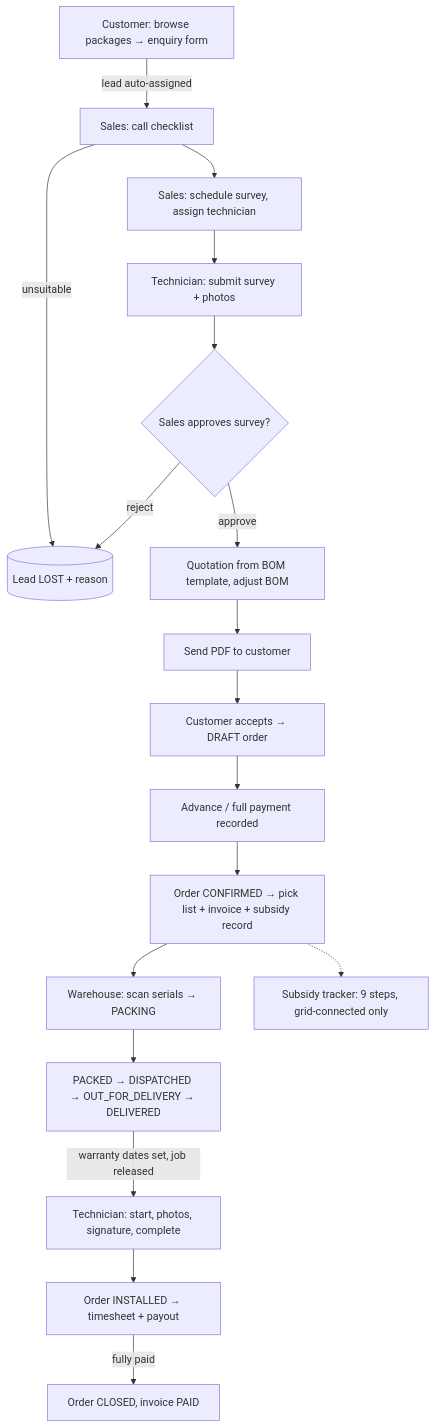
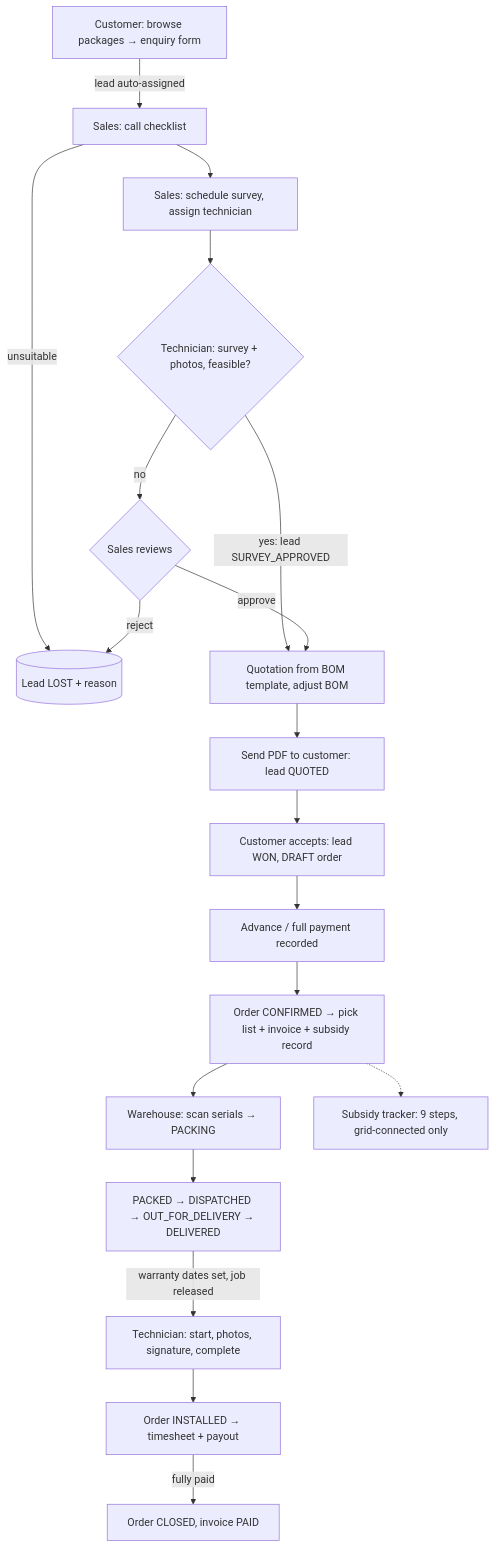
Before and after one commit to alifosaur/RoofRay: the diagram in README.md, drawn with Mermaid. The commit also changed other lines of this file and 6 other files, not shown here.

Commit message:
feat(workflow): technician approves survey feasibility (lead auto → Survey Approved); lead → Quoted when the quote is sent; → Won on acceptance

````diff
--- a/README.md
+++ b/README.md
@@ -86,20 +86,21 @@
 ```mermaid
 flowchart TD
   C1[Customer: browse packages → enquiry form] -->|lead auto-assigned| S1[Sales: call checklist]
   S1 -->|unsuitable| LOST[(Lead LOST + reason)]
   S1 --> S2[Sales: schedule survey, assign technician]
-  S2 --> T1[Technician: submit survey + photos]
-  T1 --> S3{Sales approves survey?}
+  S2 --> T1{Technician: survey + photos, feasible?}
+  T1 -->|yes: lead SURVEY_APPROVED| Q1[Quotation from BOM template, adjust BOM]
+  T1 -->|no| S3{Sales reviews}
   S3 -->|reject| LOST
-  S3 -->|approve| Q1[Quotation from BOM template, adjust BOM]
-  Q1 --> Q2[Send PDF to customer]
-  Q2 --> Q3[Customer accepts → DRAFT order]
+  S3 -->|approve| Q1
+  Q1 --> Q2[Send PDF to customer: lead QUOTED]
+  Q2 --> Q3[Customer accepts: lead WON, DRAFT order]
   Q3 --> P1[Advance / full payment recorded]
   P1 --> O1[Order CONFIRMED → pick list + invoice + subsidy record]
   O1 --> W1[Warehouse: scan serials → PACKING]
   W1 --> W2[PACKED → DISPATCHED → OUT_FOR_DELIVERY → DELIVERED]
   W2 -->|warranty dates set, job released| T2[Technician: start, photos, signature, complete]
   T2 --> O2[Order INSTALLED → timesheet + payout]
   O2 -->|fully paid| O3[Order CLOSED, invoice PAID]
   O1 -.-> SUB[Subsidy tracker: 9 steps, grid-connected only]
 ```
````
